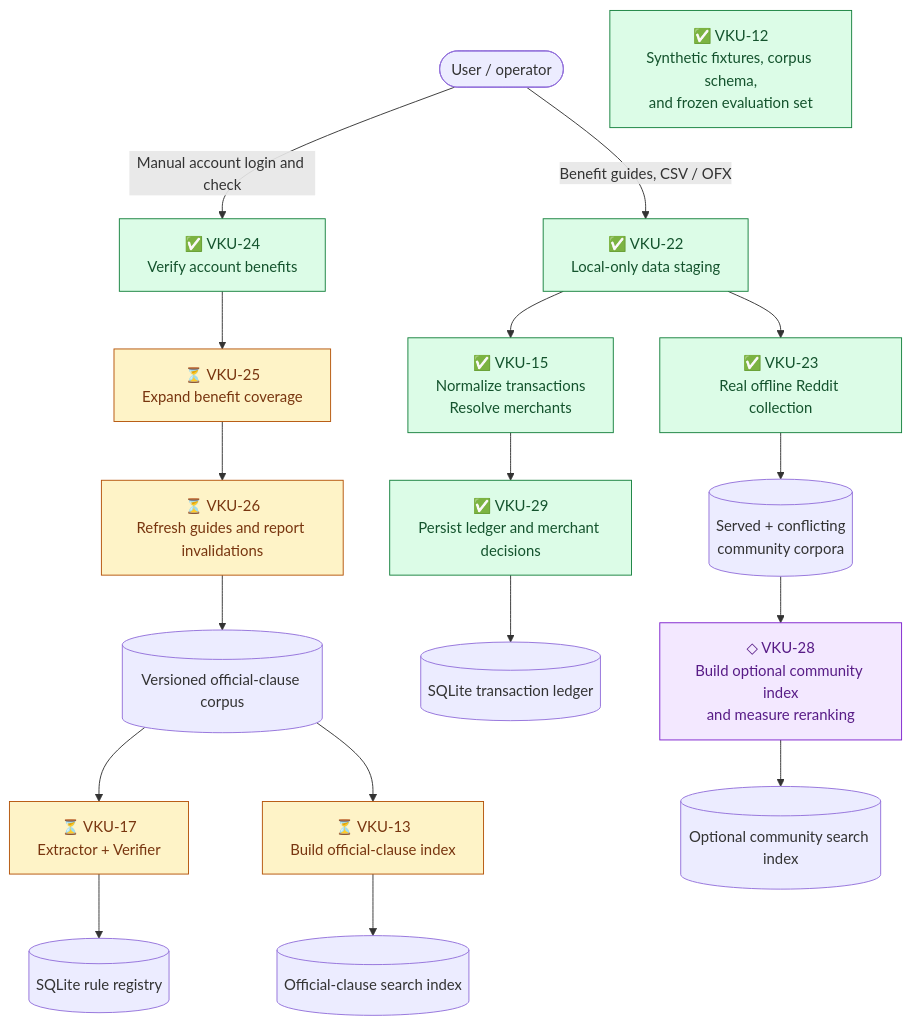
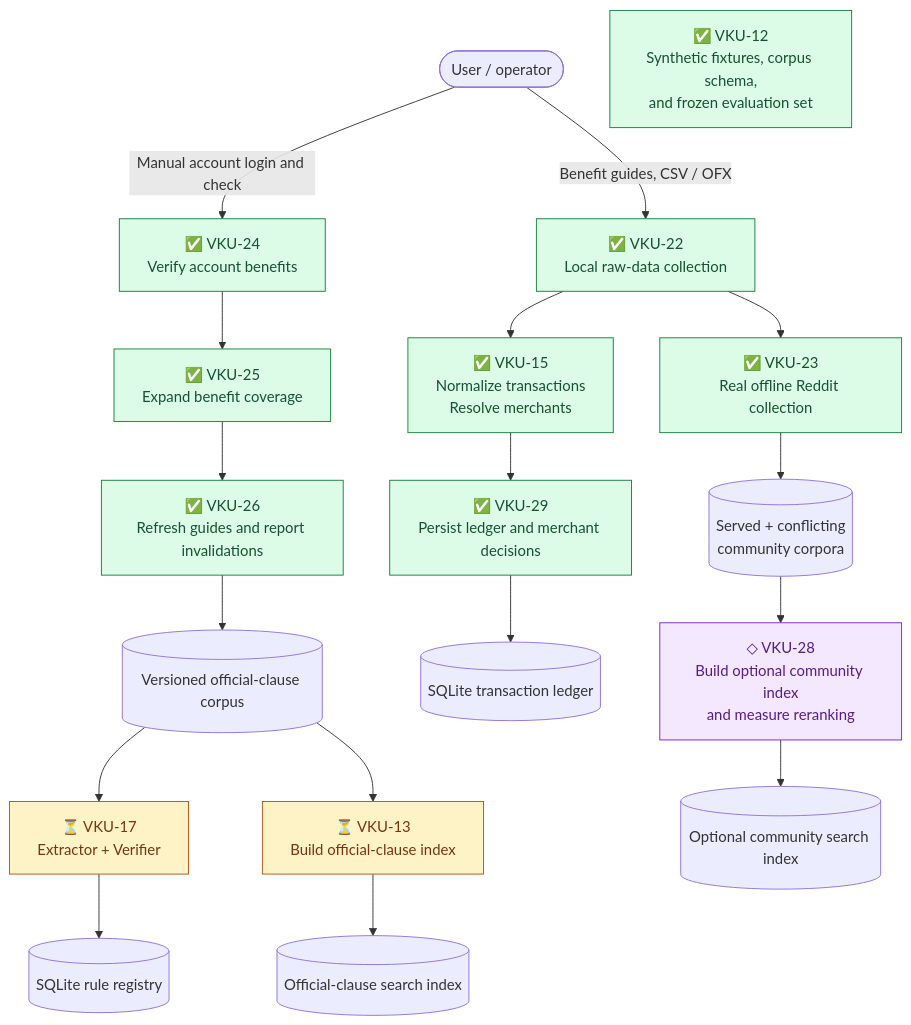
Before and after one commit to vinodkl/perk-watch: the first of 3 diagrams in docs/architecture-flow.md, drawn with Mermaid. The commit also changed other lines of this file and 33 other files, not shown here.

Commit message:
feat: unify local data preparation

````diff
--- a/docs/architecture-flow.md
+++ b/docs/architecture-flow.md
@@ -30,33 +30,33 @@
 ```mermaid
 flowchart TB
     OP([User / operator])
 
     OP -->|"Manual account login and check"| V24["✅ VKU-24<br/>Verify account benefits"]
-    V24 --> V25["⏳ VKU-25<br/>Expand benefit coverage"]
-    V25 --> V26["⏳ VKU-26<br/>Refresh guides and report invalidations"]
+    V24 --> V25["✅ VKU-25<br/>Expand benefit coverage"]
+    V25 --> V26["✅ VKU-26<br/>Refresh guides and report invalidations"]
 
-    OP -->|"Benefit guides, CSV / OFX"| S22["✅ VKU-22<br/>Local-only data staging"]
+    OP -->|"Benefit guides, CSV / OFX"| S22["✅ VKU-22<br/>Local raw-data collection"]
     S22 --> T15["✅ VKU-15<br/>Normalize transactions<br/>Resolve merchants"]
     T15 --> P29["✅ VKU-29<br/>Persist ledger and merchant decisions"]
     P29 --> LEDGER[("SQLite transaction ledger")]
 
     V26 --> CORPUS[("Versioned official-clause corpus")]
     CORPUS --> R17["⏳ VKU-17<br/>Extractor + Verifier"]
     R17 --> REG[("SQLite rule registry")]
     CORPUS --> O13["⏳ VKU-13<br/>Build official-clause index"]
     O13 --> OINDEX[("Official-clause search index")]
 
     S22 --> C23["✅ VKU-23<br/>Real offline Reddit collection"]
     C23 --> COMM[("Served + conflicting<br/>community corpora")]
     COMM --> O28["◇ VKU-28<br/>Build optional community index<br/>and measure reranking"]
     O28 --> CINDEX[("Optional community search index")]
 
     C12["✅ VKU-12<br/>Synthetic fixtures, corpus schema,<br/>and frozen evaluation set"]
 
     classDef done fill:#dcfce7,stroke:#15803d,color:#14532d;
     classDef pending fill:#fef3c7,stroke:#b45309,color:#78350f;
     classDef optional fill:#f3e8ff,stroke:#7e22ce,color:#581c87;
-    class S22,T15,C23,C12,V24,P29 done;
-    class V25,V26,R17,O13 pending;
+    class S22,T15,C23,C12,V24,V25,V26,P29 done;
+    class R17,O13 pending;
     class O28 optional;
 ```
````
